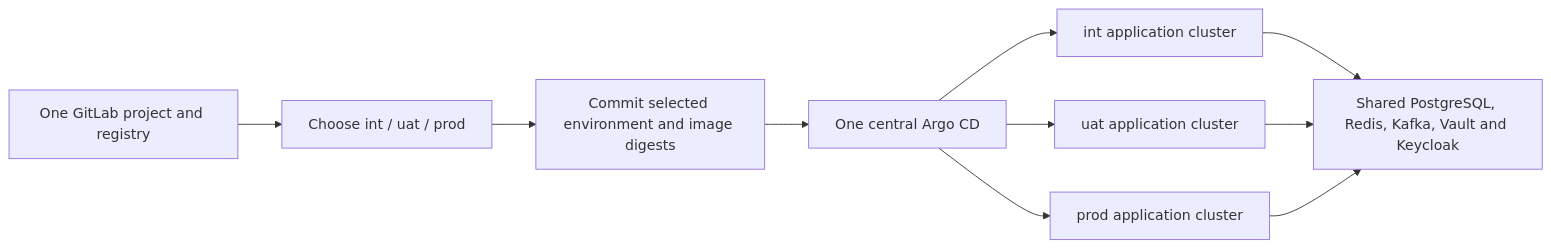
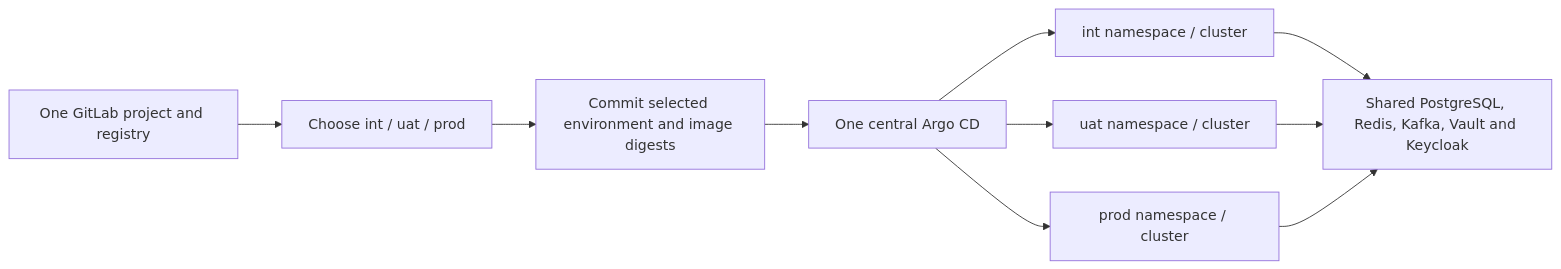
Before and after one commit to chefzaid/bm-cluster: the diagram in docs/delivery.md, drawn with Mermaid. The commit also changed other lines of this file and 33 other files, not shown here.

Commit message:
Support shared-cluster application environments with scoped delivery

````diff
--- a/docs/delivery.md
+++ b/docs/delivery.md
@@ -37,12 +37,12 @@
 ```mermaid
 flowchart LR
     GitLab["One GitLab project and registry"] --> CI["Choose int / uat / prod"]
     CI --> Pin["Commit selected environment and image digests"]
     Pin --> Argo["One central Argo CD"]
-    Argo --> Int["int application cluster"]
-    Argo --> Uat["uat application cluster"]
-    Argo --> Prod["prod application cluster"]
+    Argo --> Int["int namespace / cluster"]
+    Argo --> Uat["uat namespace / cluster"]
+    Argo --> Prod["prod namespace / cluster"]
     Int --> Data["Shared PostgreSQL, Redis, Kafka, Vault and Keycloak"]
     Uat --> Data
     Prod --> Data
 ```
````
